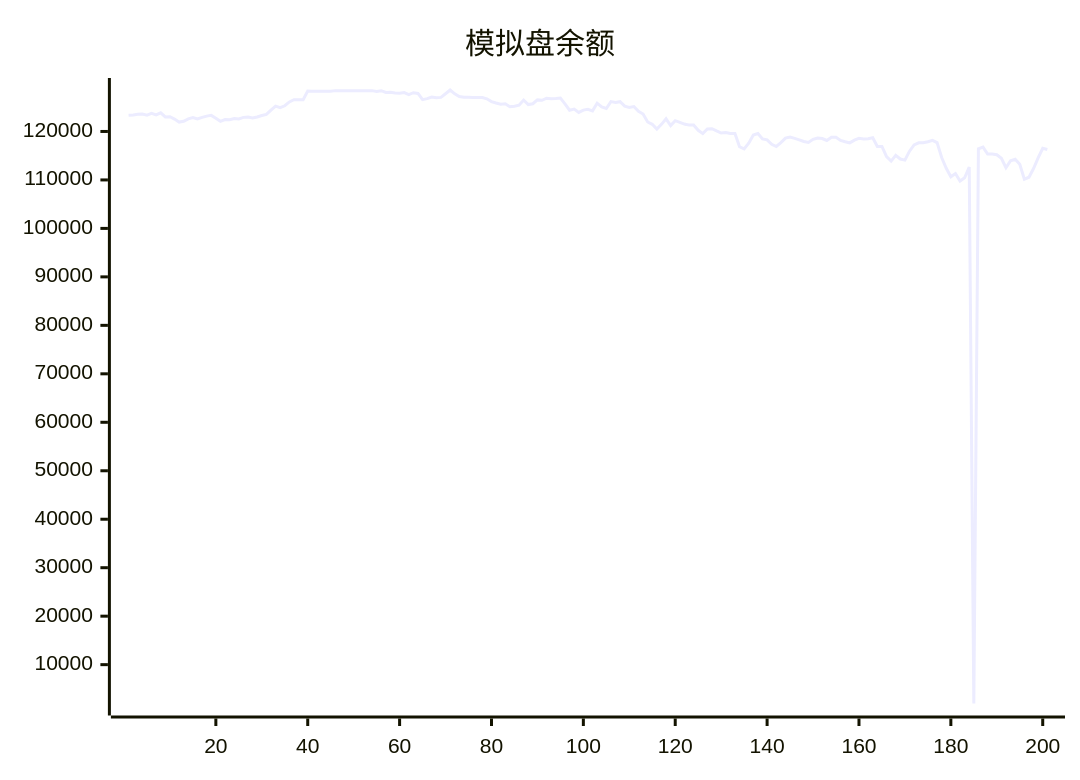
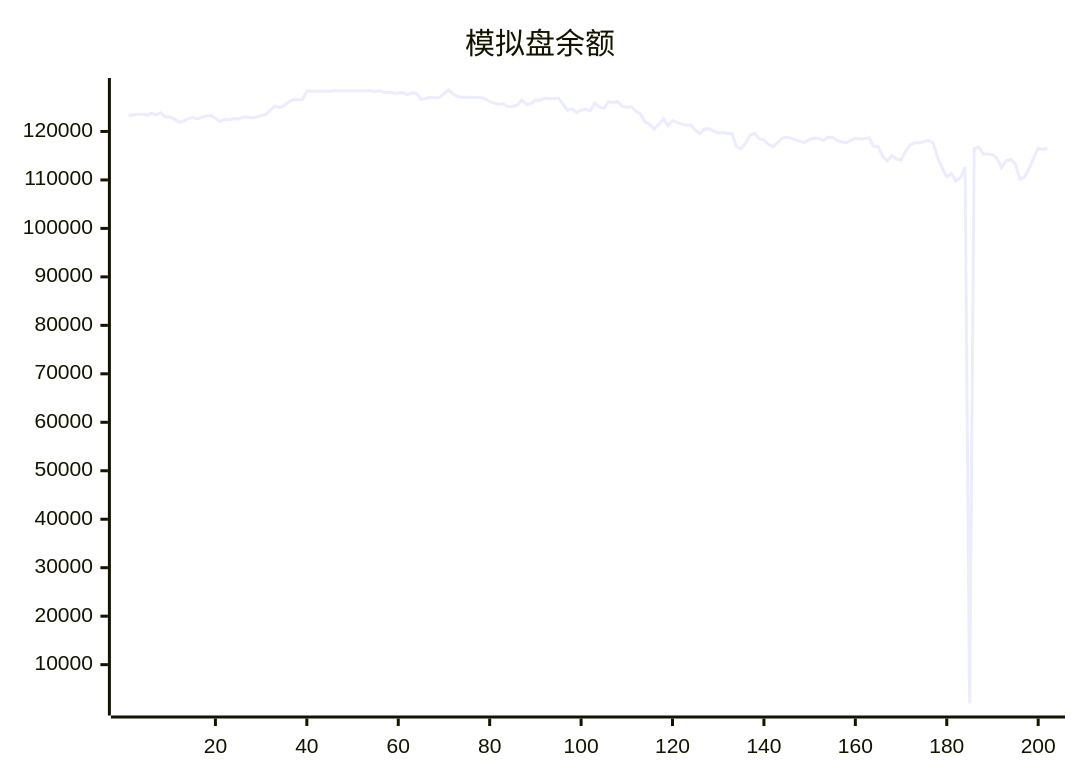
The diagram in README.md (aahl/ai-trading), drawn with Mermaid before and after one commit. The commit also changed other lines of this file and 1 other file, not shown here.

````diff
--- a/README.md
+++ b/README.md
@@ -5,5 +5,5 @@
 ```mermaid
 xychart
     title "模拟盘余额"
-    line [123338,123402,123530,123592,123378,123745,123413,123853,123009,123040,122557,121938,122095,122599,122856,122597,122898,123160,123319,122719,122087,122454,122416,122685,122592,122907,122961,122776,122981,123295,123507,124403,125224,124894,125303,126088,126544,126534,126549,128335,128318,128318,128318,128318,128318,128424,128424,128424,128424,128424,128424,128424,128424,128424,128247,128412,128062,128087,127917,127901,128026,127611,128000,127850,126572,126770,127100,126971,127029,127783,128554,127765,127224,127064,127044,127009,127025,127004,126738,126152,125871,125635,125707,125117,125217,125420,126480,125545,125715,126511,126424,126856,126764,126788,126890,125710,124381,124632,123936,124402,124574,124256,125833,125070,124739,126154,125966,126145,125213,124943,125143,124157,123604,121959,121476,120476,121470,122610,121201,122221,121889,121522,121332,121344,120232,119559,120513,120577,120108,119680,119777,119572,119568,116839,116392,117573,119250,119585,118469,118277,117338,116897,117706,118628,118849,118579,118280,117926,117735,118373,118639,118544,118136,118798,118819,118162,117874,117649,118215,118601,118463,118517,118713,116911,116899,114798,113887,115084,114313,114091,115934,117221,117658,117658,117883,118164,117693,114632,112403,110644,111313,109777,110444,112673,1984,116419,116772,115355,115355,115198,114476,112510,113954,114276,113223,110151,110561,112361,114562,116522,116265]
+    line [123338,123402,123530,123592,123378,123745,123413,123853,123009,123040,122557,121938,122095,122599,122856,122597,122898,123160,123319,122719,122087,122454,122416,122685,122592,122907,122961,122776,122981,123295,123507,124403,125224,124894,125303,126088,126544,126534,126549,128335,128318,128318,128318,128318,128318,128424,128424,128424,128424,128424,128424,128424,128424,128424,128247,128412,128062,128087,127917,127901,128026,127611,128000,127850,126572,126770,127100,126971,127029,127783,128554,127765,127224,127064,127044,127009,127025,127004,126738,126152,125871,125635,125707,125117,125217,125420,126480,125545,125715,126511,126424,126856,126764,126788,126890,125710,124381,124632,123936,124402,124574,124256,125833,125070,124739,126154,125966,126145,125213,124943,125143,124157,123604,121959,121476,120476,121470,122610,121201,122221,121889,121522,121332,121344,120232,119559,120513,120577,120108,119680,119777,119572,119568,116839,116392,117573,119250,119585,118469,118277,117338,116897,117706,118628,118849,118579,118280,117926,117735,118373,118639,118544,118136,118798,118819,118162,117874,117649,118215,118601,118463,118517,118713,116911,116899,114798,113887,115084,114313,114091,115934,117221,117658,117658,117883,118164,117693,114632,112403,110644,111313,109777,110444,112673,1984,116419,116772,115355,115355,115198,114476,112510,113954,114276,113223,110151,110561,112361,114562,116522,116265,116500]
 ```
````
